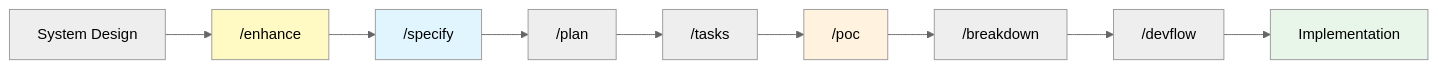
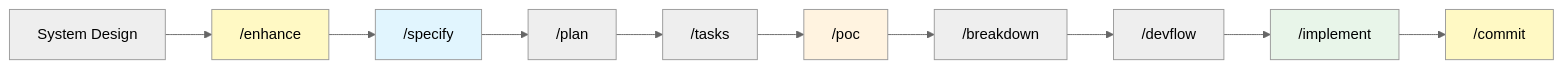
One commit to Mathews-Tom/sage-dev changed the diagram in commands/README.md. Above: the diagram before and after it, drawn with Mermaid (neutral theme). The commit also changed other lines of this file and 2 other files, not shown here.

First line of the commit message:
docs: introduce /implement command and integrate phased implementation across workflow

````diff
--- a/commands/README.md
+++ b/commands/README.md
@@ -9,16 +9,18 @@
 ```mermaid
 graph LR
     H[System Design] --> A["/enhance"]
     A --> B["/specify"]
     B --> C["/plan"]
     C --> D["/tasks"]
     D --> E["/poc"]
     E --> F["/breakdown"]
     F --> G["/devflow"]
-    G --> I[Implementation]
+    G --> I["/implement"]
+    I --> J["/commit"]
 
     style A fill:#fff9c4
     style B fill:#e1f5fe
     style E fill:#fff3e0
     style I fill:#e8f5e9
+    style J fill:#fff9c4
 ```
````
